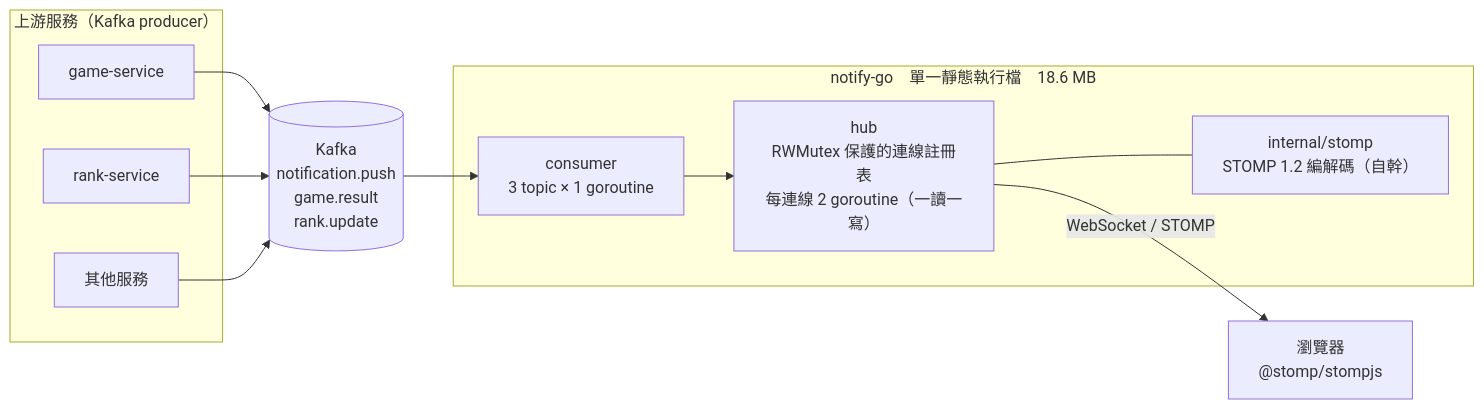
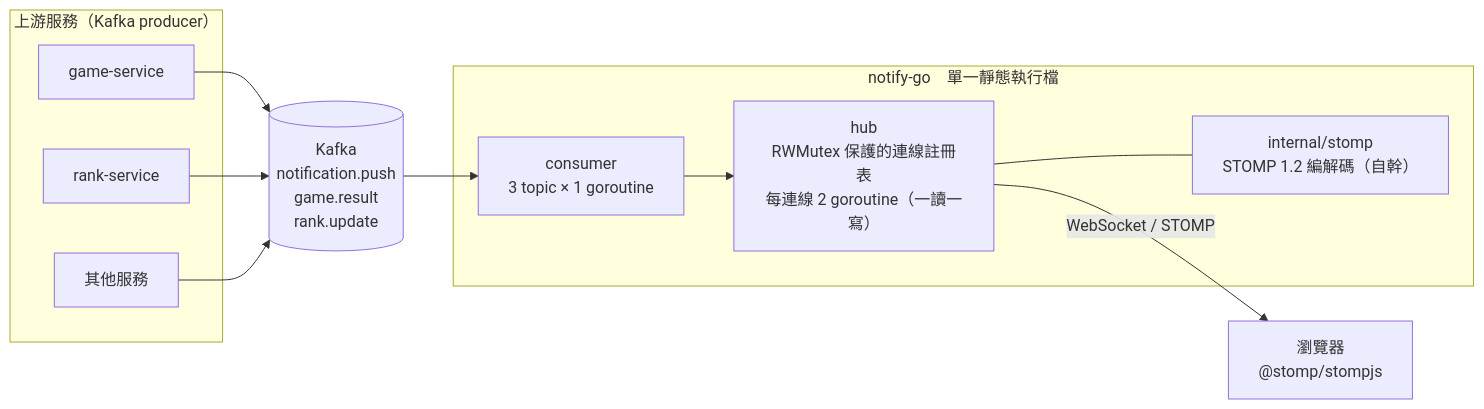
One commit to AlexChang1999/Lucky_Star_Notify_Go changed the diagram in README.md. Above: the diagram before and after it, drawn with Mermaid. The commit also changed other lines of this file and 19 other files, not shown here.

````diff
--- a/README.md
+++ b/README.md
@@ -23,26 +22,26 @@
 ```mermaid
 flowchart LR
   subgraph up["上游服務（Kafka producer）"]
     G["game-service"]
     R["rank-service"]
     M["其他服務"]
   end
 
   K[("Kafka<br/>notification.push<br/>game.result<br/>rank.update")]
 
-  subgraph svc["notify-go　單一靜態執行檔　18.6 MB"]
+  subgraph svc["notify-go　單一靜態執行檔"]
     C["consumer<br/>3 topic × 1 goroutine"]
     H["hub<br/>RWMutex 保護的連線註冊表<br/>每連線 2 goroutine（一讀一寫）"]
     S["internal/stomp<br/>STOMP 1.2 編解碼（自幹）"]
     C --> H
     H --- S
   end
 
   B["瀏覽器<br/>@stomp/stompjs"]
 
   G --> K
   R --> K
   M --> K
   K --> C
   H -->|"WebSocket / STOMP"| B
 ```
````
